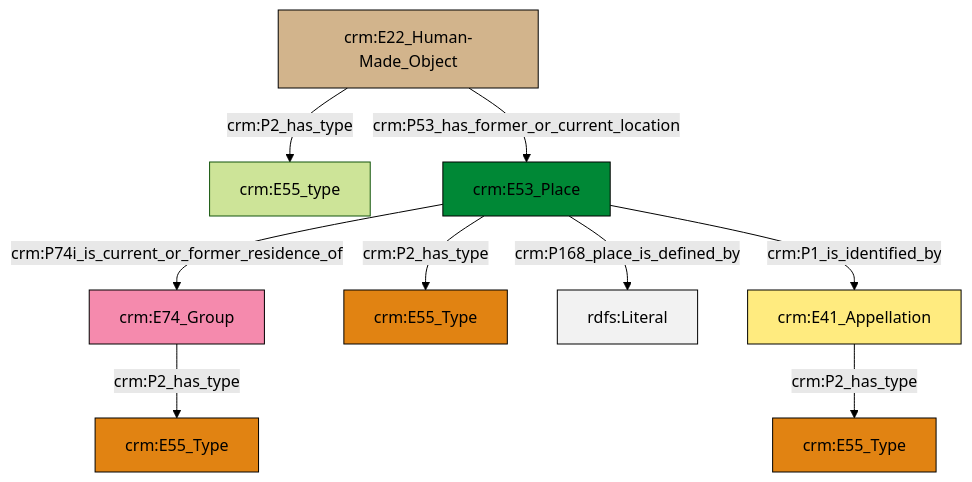
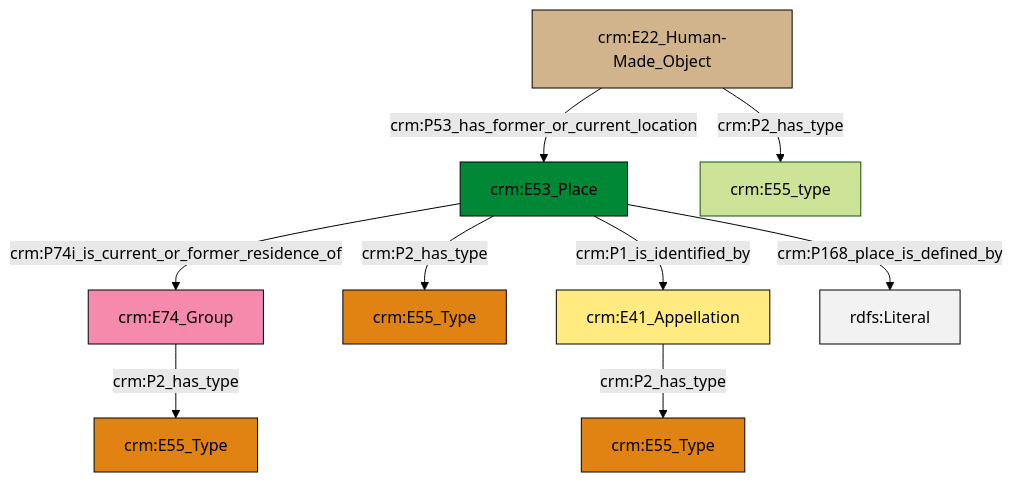
Before and after one commit to swiss-art-research-net/reference-data-models: the diagram in et/artworkCSV/ttl/mmd/Artwork_Location.ttl.mmd, drawn with Mermaid (forest theme). The commit also changed 129 other files, not shown here.

```diff
--- a/et/artworkCSV/ttl/mmd/Artwork_Location.ttl.mmd
+++ b/et/artworkCSV/ttl/mmd/Artwork_Location.ttl.mmd
@@ -1,23 +1,23 @@
 graph TD
 classDef Literal fill:#f2f2f2,stroke:#000000;
 classDef CRM_Entity fill:#FFFFFF,stroke:#000000;
 classDef Temporal_Entity fill:#00C9E6, stroke:#000000;
 classDef Type fill:#E18312, stroke:#000000;
 classDef Time-Span fill:#2C9C91, stroke:#000000;
 classDef Appellation fill:#FFEB7F, stroke:#000000;
 classDef Place fill:#008836, stroke:#000000;
 classDef Persistent_Item fill:#B266B2, stroke:#000000;
 classDef Conceptual_Object fill:#FFD700, stroke:#000000;
 classDef Physical_Thing fill:#D2B48C, stroke:#000000;
 classDef Actor fill:#f58aad, stroke:#000000;
 classDef PC_Classes fill:#4ce600, stroke:#000000;
 classDef Multi fill:#cccccc,stroke:#000000;
 
-0["crm:E41_Appellation"]:::Appellation -->|crm:P2_has_type| 1["crm:E55_Type"]:::Type
-6["crm:E22_Human-Made_Object"]:::Physical_Thing -->|crm:P2_has_type| 7["crm:E55_type"]:::Default
-8["crm:E53_Place"]:::Place -->|crm:P168_place_is_defined_by| 9[rdfs:Literal]:::Literal
-8["crm:E53_Place"]:::Place -->|crm:P74i_is_current_or_former_residence_of| 10["crm:E74_Group"]:::Actor
-6["crm:E22_Human-Made_Object"]:::Physical_Thing -->|crm:P53_has_former_or_current_location| 8["crm:E53_Place"]:::Place
-10["crm:E74_Group"]:::Actor -->|crm:P2_has_type| 2["crm:E55_Type"]:::Type
-8["crm:E53_Place"]:::Place -->|crm:P2_has_type| 4["crm:E55_Type"]:::Type
-8["crm:E53_Place"]:::Place -->|crm:P1_is_identified_by| 0["crm:E41_Appellation"]:::Appellation
+0["crm:E74_Group"]:::Actor -->|crm:P2_has_type| 1["crm:E55_Type"]:::Type
+2["crm:E53_Place"]:::Place -->|crm:P2_has_type| 3["crm:E55_Type"]:::Type
+2["crm:E53_Place"]:::Place -->|crm:P74i_is_current_or_former_residence_of| 0["crm:E74_Group"]:::Actor
+5["crm:E41_Appellation"]:::Appellation -->|crm:P2_has_type| 6["crm:E55_Type"]:::Type
+2["crm:E53_Place"]:::Place -->|crm:P168_place_is_defined_by| 11[rdfs:Literal]:::Literal
+7["crm:E22_Human-Made_Object"]:::Physical_Thing -->|crm:P53_has_former_or_current_location| 2["crm:E53_Place"]:::Place
+2["crm:E53_Place"]:::Place -->|crm:P1_is_identified_by| 5["crm:E41_Appellation"]:::Appellation
+7["crm:E22_Human-Made_Object"]:::Physical_Thing -->|crm:P2_has_type| 16["crm:E55_type"]:::Default
```
